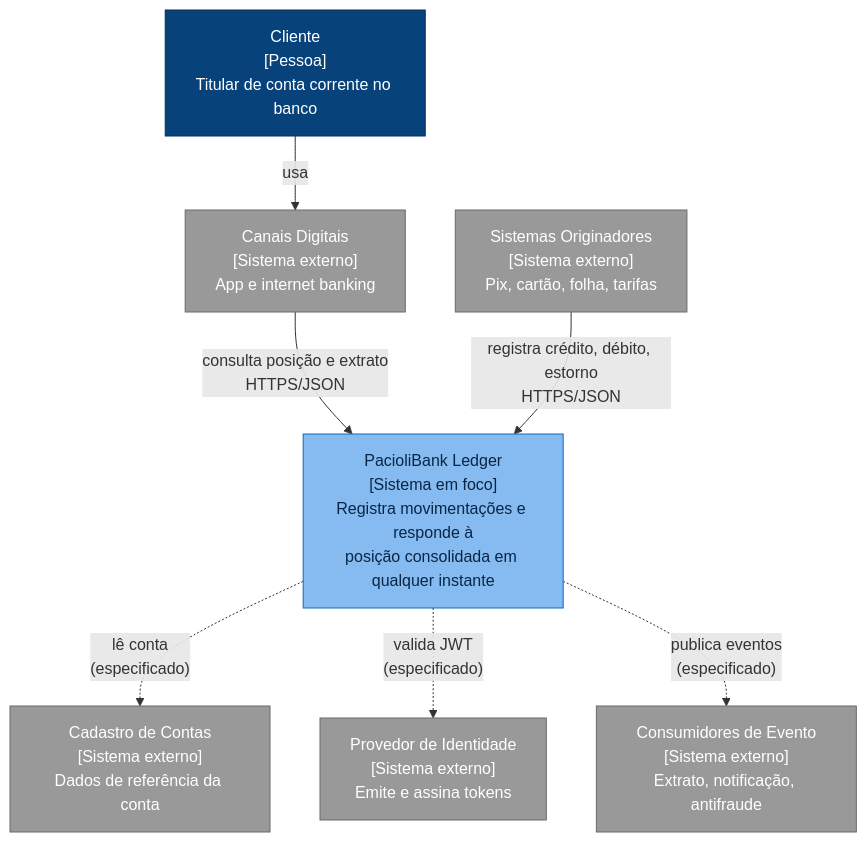
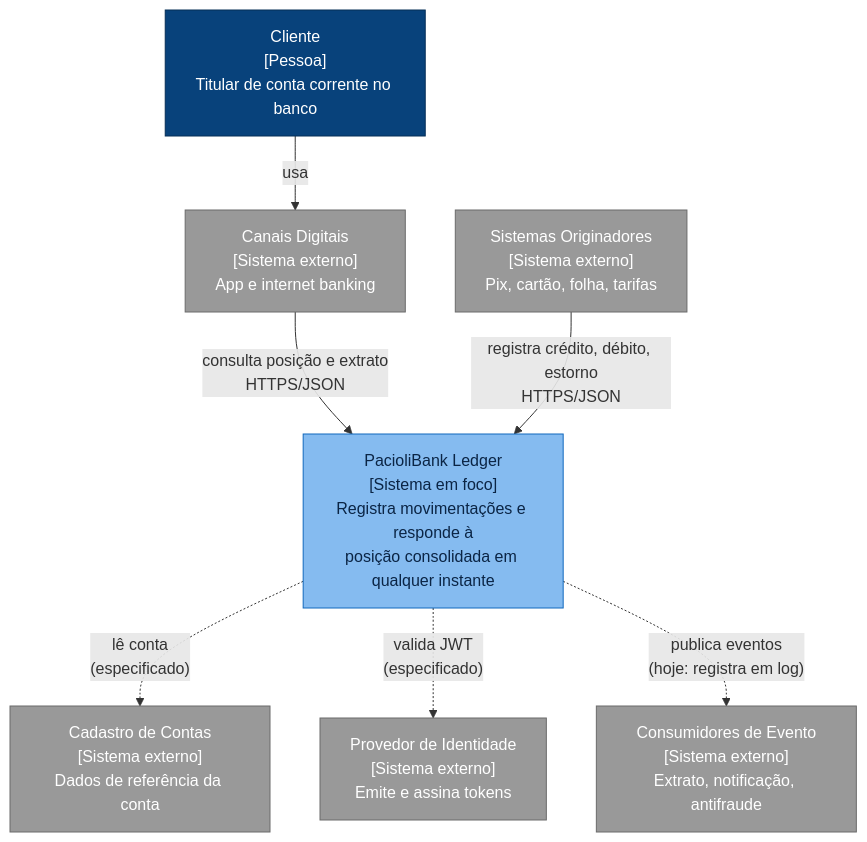
One commit to eduardojnet/PacioliBank changed the diagram in docs/diagrams/c1-contexto.md. Above: the diagram before and after it, drawn with Mermaid. The commit also changed other lines of this file and 23 other files, not shown here.

````diff
--- a/docs/diagrams/c1-contexto.md
+++ b/docs/diagrams/c1-contexto.md
@@ -5,21 +5,21 @@
 ```mermaid
 flowchart TB
     cliente["Cliente<br/>[Pessoa]<br/>Titular de conta corrente no banco"]:::pessoa
     canais["Canais Digitais<br/>[Sistema externo]<br/>App e internet banking"]:::externo
     orig["Sistemas Originadores<br/>[Sistema externo]<br/>Pix, cartão, folha, tarifas"]:::externo
     ledger["PacioliBank Ledger<br/>[Sistema em foco]<br/>Registra movimentações e responde à<br/>posição consolidada em qualquer instante"]:::parcial
     cad["Cadastro de Contas<br/>[Sistema externo]<br/>Dados de referência da conta"]:::externo
     iam["Provedor de Identidade<br/>[Sistema externo]<br/>Emite e assina tokens"]:::externo
     cons["Consumidores de Evento<br/>[Sistema externo]<br/>Extrato, notificação, antifraude"]:::externo
 
     cliente -->|usa| canais
     canais -->|"consulta posição e extrato<br/>HTTPS/JSON"| ledger
     orig -->|"registra crédito, débito, estorno<br/>HTTPS/JSON"| ledger
     ledger -.->|"lê conta<br/>(especificado)"| cad
     ledger -.->|"valida JWT<br/>(especificado)"| iam
-    ledger -.->|"publica eventos<br/>(especificado)"| cons
+    ledger -.->|"publica eventos<br/>(hoje: registra em log)"| cons
 
     classDef pessoa fill:#08427b,stroke:#052e56,color:#fff
     classDef externo fill:#999999,stroke:#6b6b6b,color:#fff
     classDef parcial fill:#85bbf0,stroke:#1168bd,color:#0b2545
 ```
````
